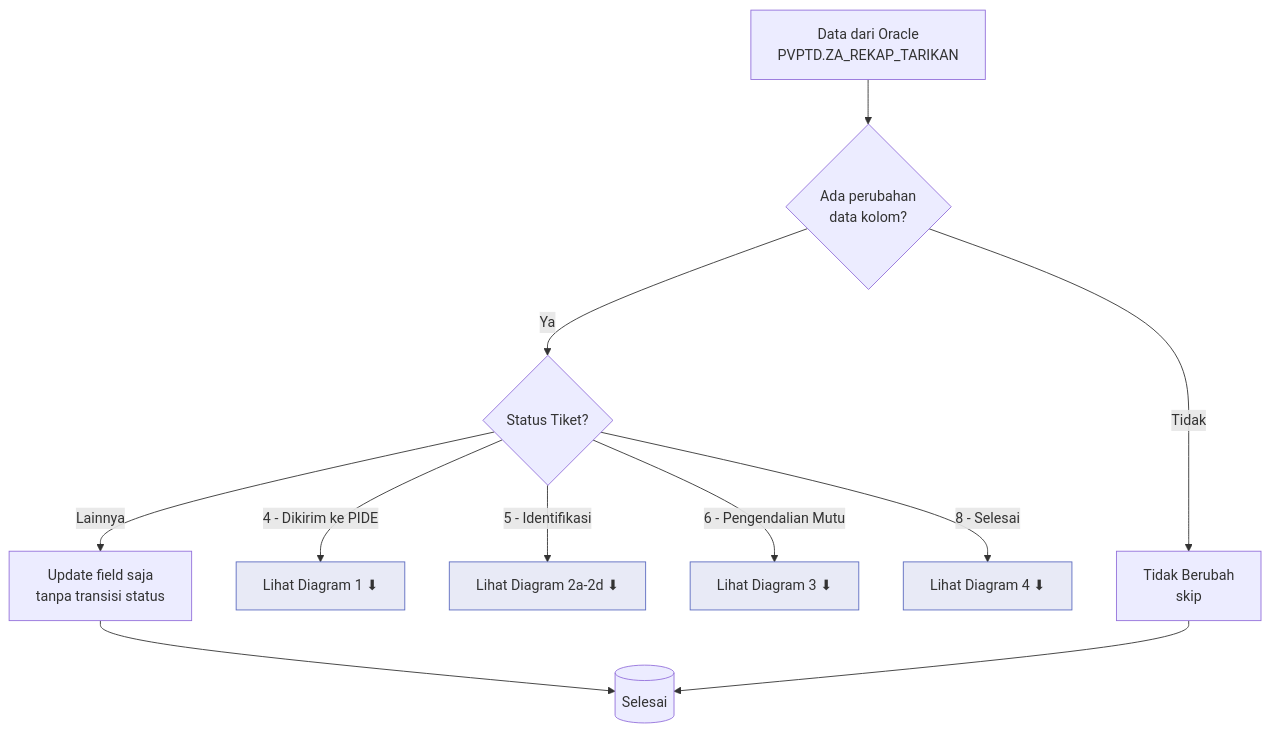
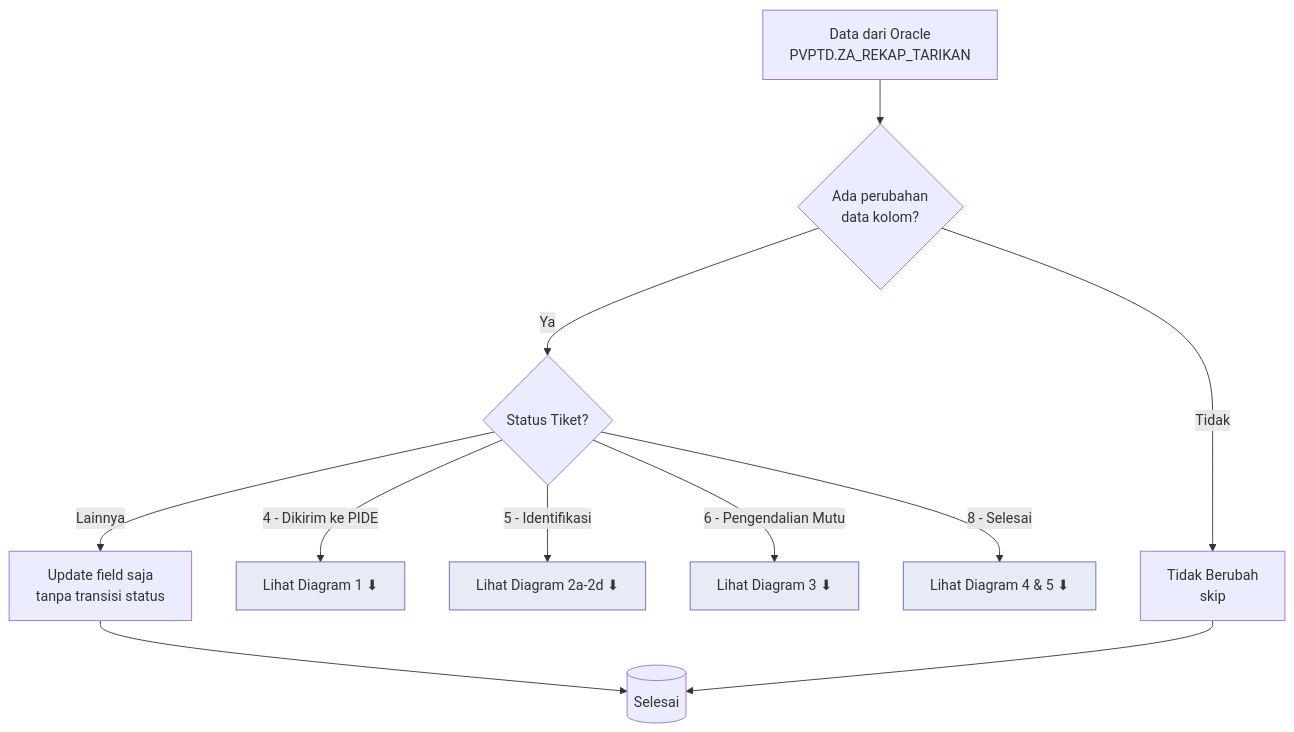
One commit to kloworizer/diamond-web changed the first of 9 diagrams in docs/SYNC_TIKET_UPDATE_RULES.md. Above: the diagram before and after it, drawn with Mermaid. The commit also changed other lines of this file and 5 other files, not shown here.

````diff
--- a/docs/SYNC_TIKET_UPDATE_RULES.md
+++ b/docs/SYNC_TIKET_UPDATE_RULES.md
@@ -10,18 +10,18 @@
 ```mermaid
 flowchart TD
     ORACLE[Data dari Oracle<br/>PVPTD.ZA_REKAP_TARIKAN] --> FIELD_CHECK{Ada perubahan<br/>data kolom?}
     FIELD_CHECK -->|Tidak| NO_CHANGE[Tidak Berubah<br/>skip]
     FIELD_CHECK -->|Ya| CHECK_STATUS{Status Tiket?}
     CHECK_STATUS -->|4 - Dikirim ke PIDE| KE_DIAGRAM_1[Lihat Diagram 1 ⬇]
     CHECK_STATUS -->|5 - Identifikasi| KE_DIAGRAM_2[Lihat Diagram 2a-2d ⬇]
     CHECK_STATUS -->|6 - Pengendalian Mutu| KE_DIAGRAM_3[Lihat Diagram 3 ⬇]
-    CHECK_STATUS -->|8 - Selesai| KE_DIAGRAM_4[Lihat Diagram 4 ⬇]
+    CHECK_STATUS -->|8 - Selesai| KE_DIAGRAM_4[Lihat Diagram 4 & 5 ⬇]
     CHECK_STATUS -->|Lainnya| UPDATE_ONLY[Update field saja<br/>tanpa transisi status]
     UPDATE_ONLY --> DONE[(Selesai)]
     NO_CHANGE --> DONE
 
     style KE_DIAGRAM_1 fill:#e8eaf6,stroke:#5c6bc0
     style KE_DIAGRAM_2 fill:#e8eaf6,stroke:#5c6bc0
     style KE_DIAGRAM_3 fill:#e8eaf6,stroke:#5c6bc0
     style KE_DIAGRAM_4 fill:#e8eaf6,stroke:#5c6bc0
 ```
````
